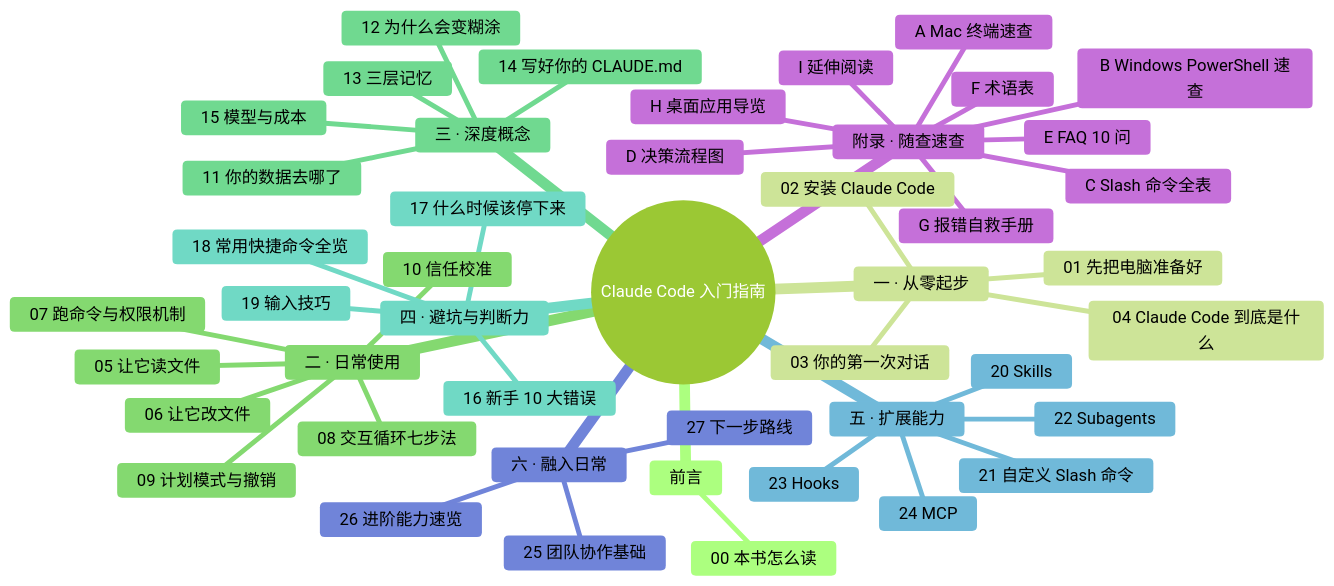
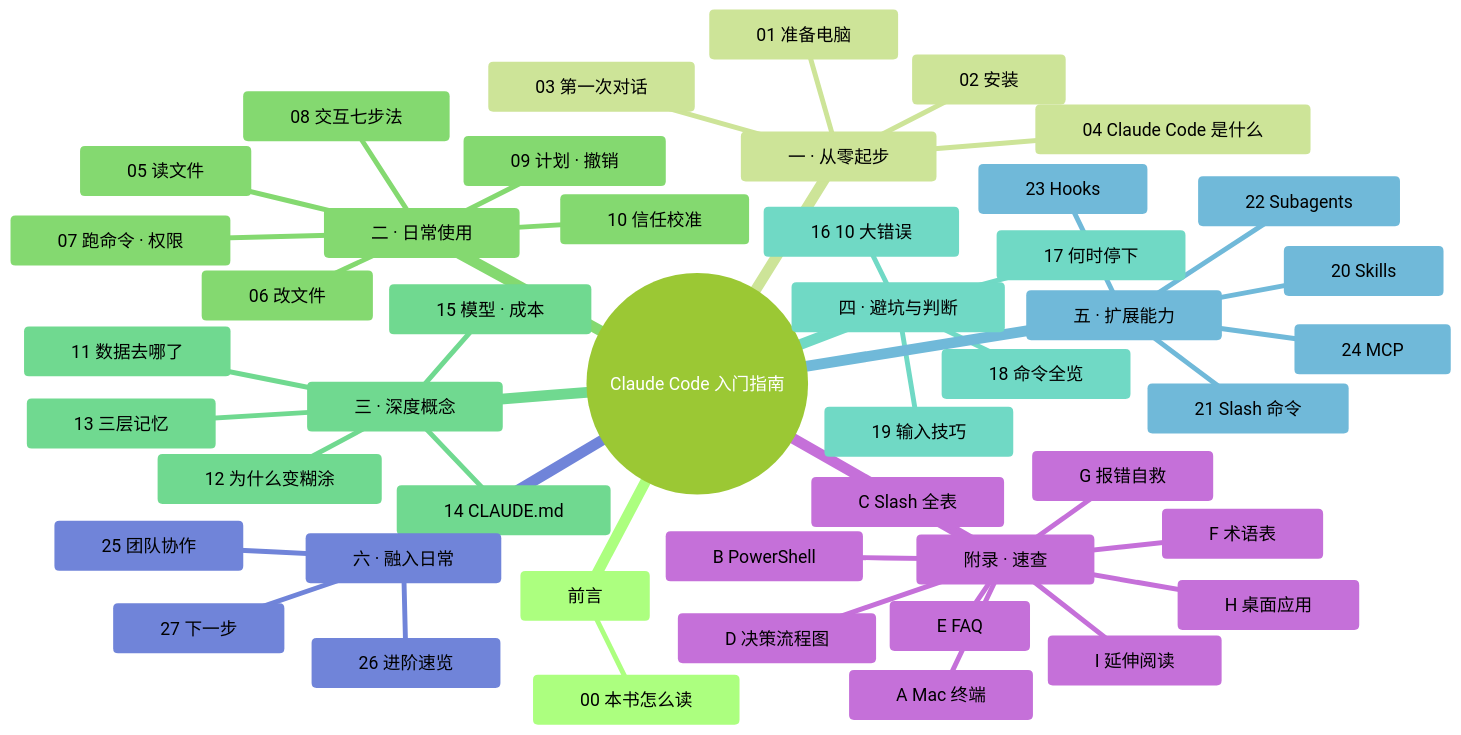
Before and after one commit to mali9527/claude-code-full-guide-for-beginners: the diagram in manuscript/00-前言/00-本书怎么读.md, drawn with Mermaid. The commit also changed other lines of this file and 2 other files, not shown here.

Commit message:
fix(mindmap): MM-08 调整排版 — 放大 + 拉开间距 + 缩短叶子文案
修复 37 叶全书大图的节点相互遮挡问题：
- fontSize 17px → 18px（整图更大更易读）
- mindmap.padding: 24（拉开节点间距）
- mindmap.maxNodeWidth: 240（固定节点宽度，防长标题挤压布局）
- mindmap.useMaxWidth: false（按自然尺寸渲染，移动端可横向滚动）
- 全部叶子文案改短版（"先把电脑准备好"→"准备电脑"、"常用快捷命令全览"→"命令全览" 等）
- 前言正文下方加一句"图较宽——移动端可左右滑动"提示

assets/diagrams/_style.md 新增"例外说明"段，把 MM-08 的 4 项参数偏差记录在案，
明确其他 mindmap 不走此例外。重跑 build_book.py 同步 全书.md。

````diff
--- a/manuscript/00-前言/00-本书怎么读.md
+++ b/manuscript/00-前言/00-本书怎么读.md
@@ -10,57 +10,61 @@
 ```mermaid
 ---
 config:
   theme: forest
   themeVariables:
     fontFamily: "-apple-system, 'SF Pro Text', 'PingFang SC', 'Helvetica Neue', sans-serif"
-    fontSize: "17px"
+    fontSize: "18px"
     lineColor: "#D9D9D9"
+  mindmap:
+    padding: 24
+    maxNodeWidth: 240
+    useMaxWidth: false
 ---
 mindmap
   root((Claude Code 入门指南))
     前言
       00 本书怎么读
     一 · 从零起步
-      01 先把电脑准备好
-      02 安装 Claude Code
-      03 你的第一次对话
-      04 Claude Code 到底是什么
+      01 准备电脑
+      02 安装
+      03 第一次对话
+      04 Claude Code 是什么
     二 · 日常使用
-      05 让它读文件
-      06 让它改文件
-      07 跑命令与权限机制
-      08 交互循环七步法
-      09 计划模式与撤销
+      05 读文件
+      06 改文件
+      07 跑命令 · 权限
+      08 交互七步法
+      09 计划 · 撤销
       10 信任校准
     三 · 深度概念
-      11 你的数据去哪了
-      12 为什么会变糊涂
+      11 数据去哪了
+      12 为什么变糊涂
       13 三层记忆
-      14 写好你的 CLAUDE.md
-      15 模型与成本
-    四 · 避坑与判断力
-      16 新手 10 大错误
-      17 什么时候该停下来
-      18 常用快捷命令全览
+      14 CLAUDE.md
+      15 模型 · 成本
+    四 · 避坑与判断
+      16 10 大错误
+      17 何时停下
+      18 命令全览
       19 输入技巧
     五 · 扩展能力
       20 Skills
-      21 自定义 Slash 命令
+      21 Slash 命令
       22 Subagents
       23 Hooks
       24 MCP
     六 · 融入日常
-      25 团队协作基础
-      26 进阶能力速览
-      27 下一步路线
-    附录 · 随查速查
-      A Mac 终端速查
-      B Windows PowerShell 速查
-      C Slash 命令全表
+      25 团队协作
+      26 进阶速览
+      27 下一步
+    附录 · 速查
+      A Mac 终端
+      B PowerShell
+      C Slash 全表
       D 决策流程图
-      E FAQ 10 问
+      E FAQ
       F 术语表
-      G 报错自救手册
-      H 桌面应用导览
+      G 报错自救
+      H 桌面应用
       I 延伸阅读
 ```
````
